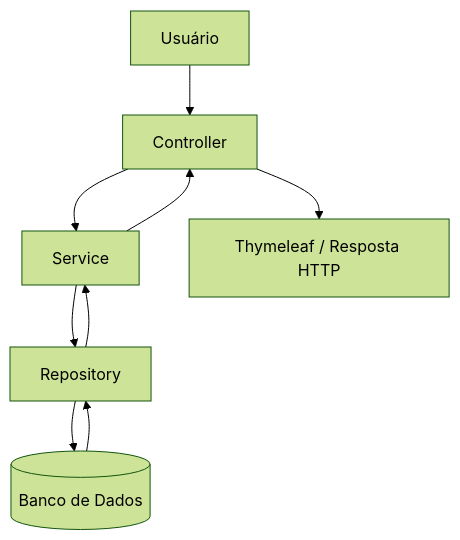
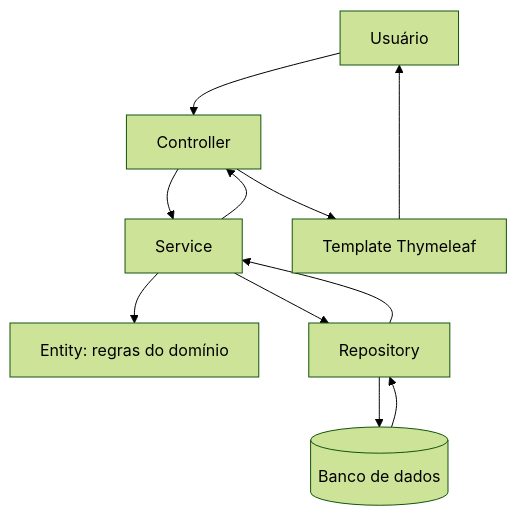
Before and after one commit to Joaonascc16/agendaflex: the second of 3 diagrams in README.md, drawn with Mermaid (forest theme). The commit also changed other lines of this file, not shown here.

````diff
--- a/README.md
+++ b/README.md
@@ -123,11 +141,13 @@
 ```mermaid
 flowchart TD
     A[Usuário] --> B[Controller]
     B --> C[Service]
-    C --> D[Repository]
-    D --> E[(Banco de Dados)]
-    E --> D
-    D --> C
+    C --> D[Entity: regras do domínio]
+    C --> E[Repository]
+    E --> F[(Banco de dados)]
+    F --> E
+    E --> C
     C --> B
-    B --> F[Thymeleaf / Resposta HTTP]
+    B --> G[Template Thymeleaf]
+    G --> A
 ```
````
